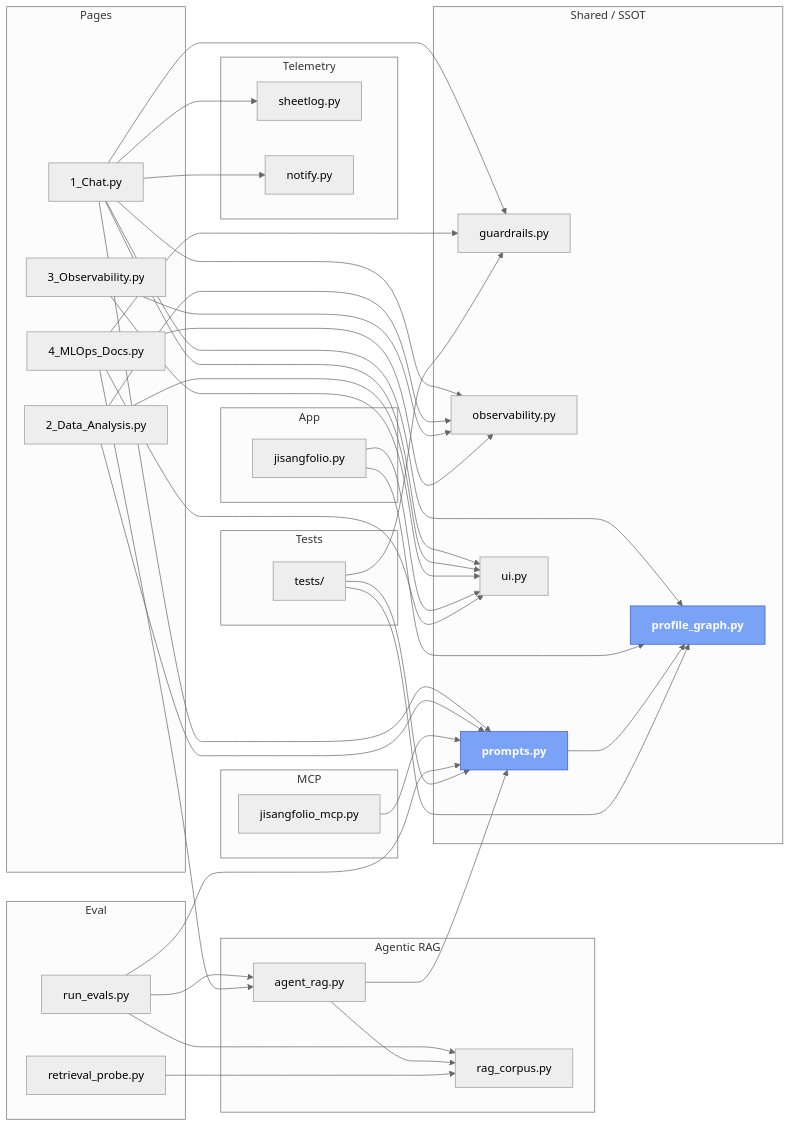
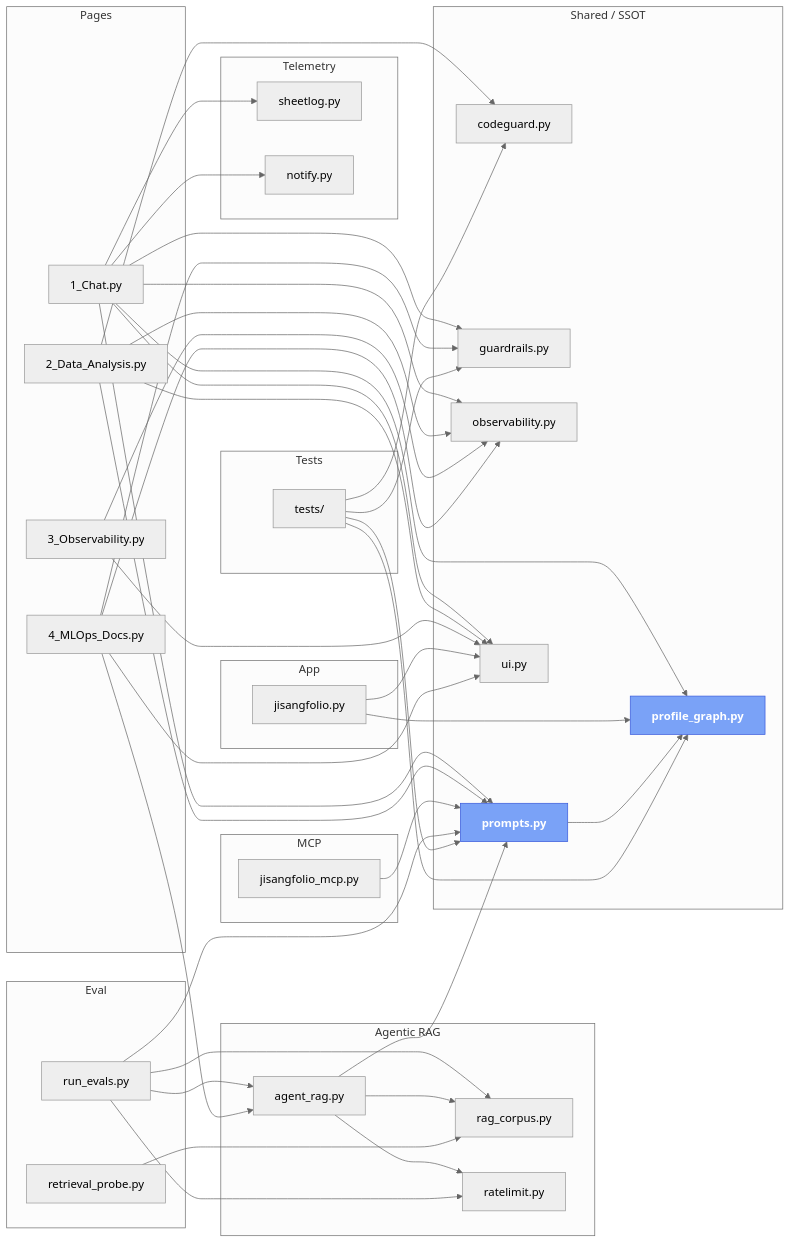
Before and after one commit to jisangfolio/jisangfolio: the diagram in README.md, drawn with Mermaid (neutral theme). The commit also changed other lines of this file and 7 other files, not shown here.

````diff
--- a/README.md
+++ b/README.md
@@ -26,68 +26,74 @@
 ```mermaid
 graph LR
   subgraph App
     n_jisangfolio["jisangfolio.py"]
   end
   subgraph Pages
     n_1_Chat["1_Chat.py"]
     n_2_Data_Analysis["2_Data_Analysis.py"]
     n_3_Observability["3_Observability.py"]
     n_4_MLOps_Docs["4_MLOps_Docs.py"]
   end
   subgraph RAG["Agentic RAG"]
     n_agent_rag["agent_rag.py"]
     n_rag_corpus["rag_corpus.py"]
+    n_ratelimit["ratelimit.py"]
   end
   subgraph MCP
     n_jisangfolio_mcp["jisangfolio_mcp.py"]
   end
   subgraph Eval
     n_run_evals["run_evals.py"]
     n_retrieval_probe["retrieval_probe.py"]
   end
   subgraph Telemetry
     n_sheetlog["sheetlog.py"]
     n_notify["notify.py"]
   end
   subgraph Tests
     tests["tests/"]
   end
   subgraph ssot["Shared / SSOT"]
+    n_codeguard["codeguard.py"]
     n_guardrails["guardrails.py"]
     n_observability["observability.py"]
     n_profile_graph["profile_graph.py"]
     n_prompts["prompts.py"]
     n_ui["ui.py"]
   end
   n_1_Chat --> n_guardrails
   n_1_Chat --> n_observability
   n_1_Chat --> n_profile_graph
   n_1_Chat --> n_prompts
   n_1_Chat --> n_ui
   n_1_Chat --> n_sheetlog
   n_1_Chat --> n_notify
+  n_2_Data_Analysis --> n_codeguard
   n_2_Data_Analysis --> n_observability
   n_2_Data_Analysis --> n_prompts
   n_2_Data_Analysis --> n_ui
   n_3_Observability --> n_observability
   n_3_Observability --> n_ui
   n_jisangfolio --> n_profile_graph
   n_jisangfolio --> n_ui
   n_jisangfolio_mcp --> n_prompts
   n_prompts --> n_profile_graph
   n_run_evals --> n_prompts
   n_run_evals --> n_agent_rag
   n_run_evals --> n_rag_corpus
   n_4_MLOps_Docs --> n_agent_rag
   n_4_MLOps_Docs --> n_guardrails
   n_4_MLOps_Docs --> n_observability
   n_4_MLOps_Docs --> n_ui
   n_agent_rag --> n_rag_corpus
   n_agent_rag --> n_prompts
+  n_agent_rag --> n_ratelimit
+  n_run_evals --> n_ratelimit
   n_retrieval_probe --> n_rag_corpus
+  tests --> n_codeguard
   tests --> n_guardrails
   tests --> n_profile_graph
   tests --> n_prompts
   classDef hub fill:#7AA2F7,stroke:#3b5bdb,color:#fff,font-weight:bold;
   class n_prompts,n_profile_graph hub;
 ```
````
